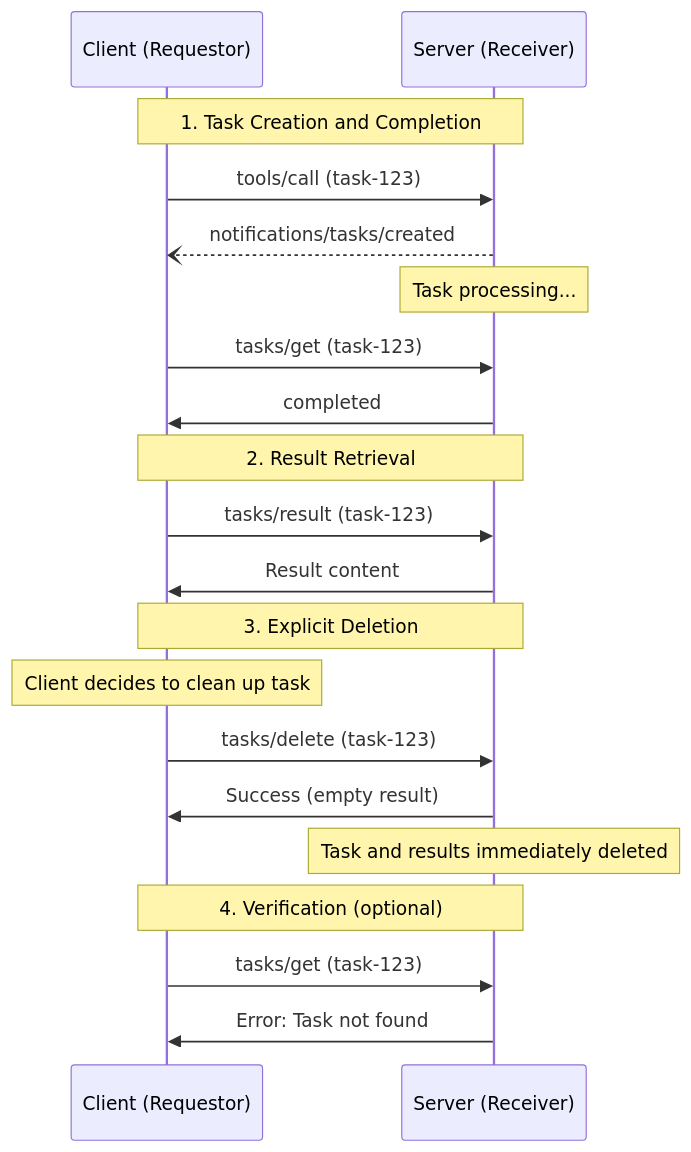
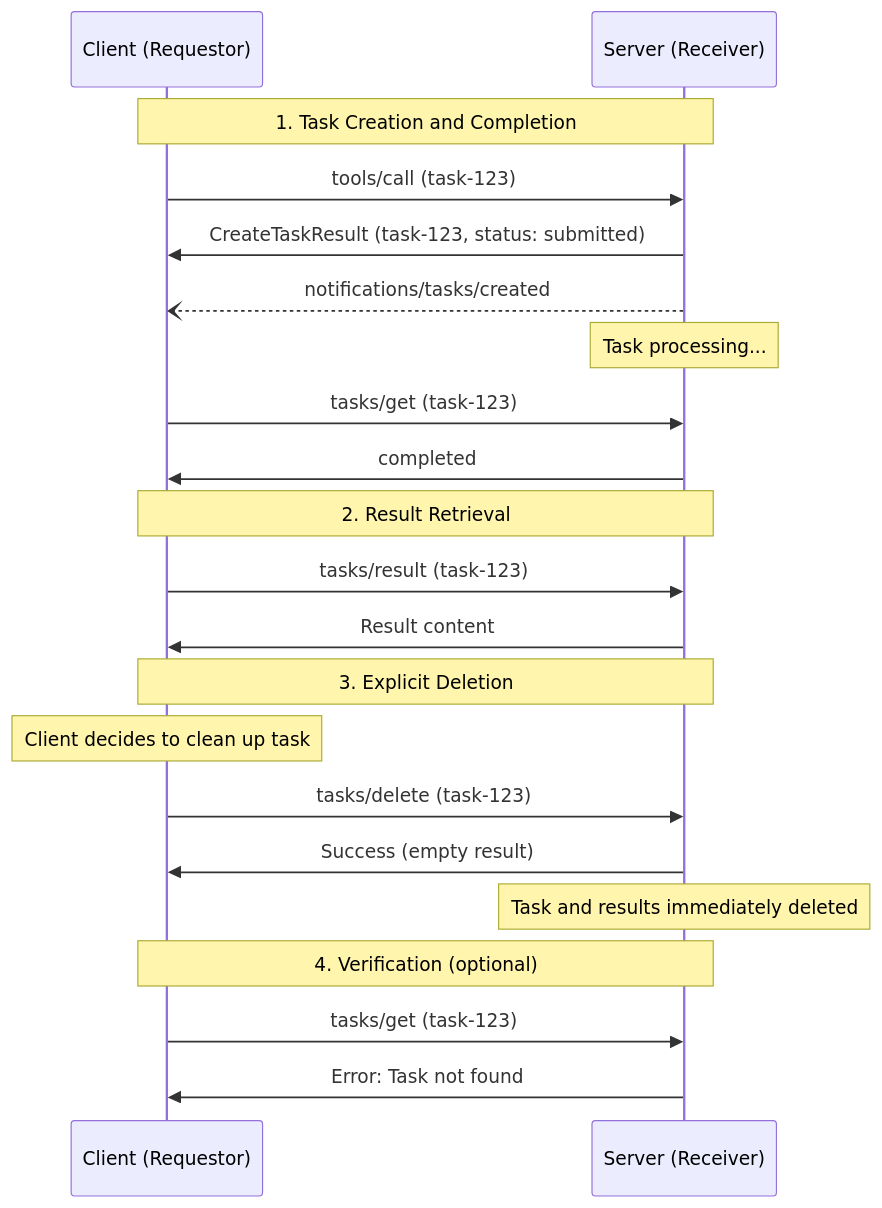
Before and after one commit to scottslewis/modelcontextprotocol: the sixth of 6 diagrams in docs/specification/draft/basic/utilities/tasks.mdx, drawn with Mermaid. The commit also changed other lines of this file and 3 other files, not shown here.

````diff
--- a/docs/specification/draft/basic/utilities/tasks.mdx
+++ b/docs/specification/draft/basic/utilities/tasks.mdx
@@ -585,27 +619,28 @@
 ```mermaid
 sequenceDiagram
     participant C as Client (Requestor)
     participant S as Server (Receiver)
 
     Note over C,S: 1. Task Creation and Completion
     C->>S: tools/call (task-123)
+    S->>C: CreateTaskResult (task-123, status: submitted)
     S--)C: notifications/tasks/created
     Note over S: Task processing...
     C->>S: tasks/get (task-123)
     S->>C: completed
 
     Note over C,S: 2. Result Retrieval
     C->>S: tasks/result (task-123)
     S->>C: Result content
 
     Note over C,S: 3. Explicit Deletion
     Note over C: Client decides to clean up task
     C->>S: tasks/delete (task-123)
     S->>C: Success (empty result)
 
     Note over S: Task and results immediately deleted
 
     Note over C,S: 4. Verification (optional)
     C->>S: tasks/get (task-123)
     S->>C: Error: Task not found
 ```
````
